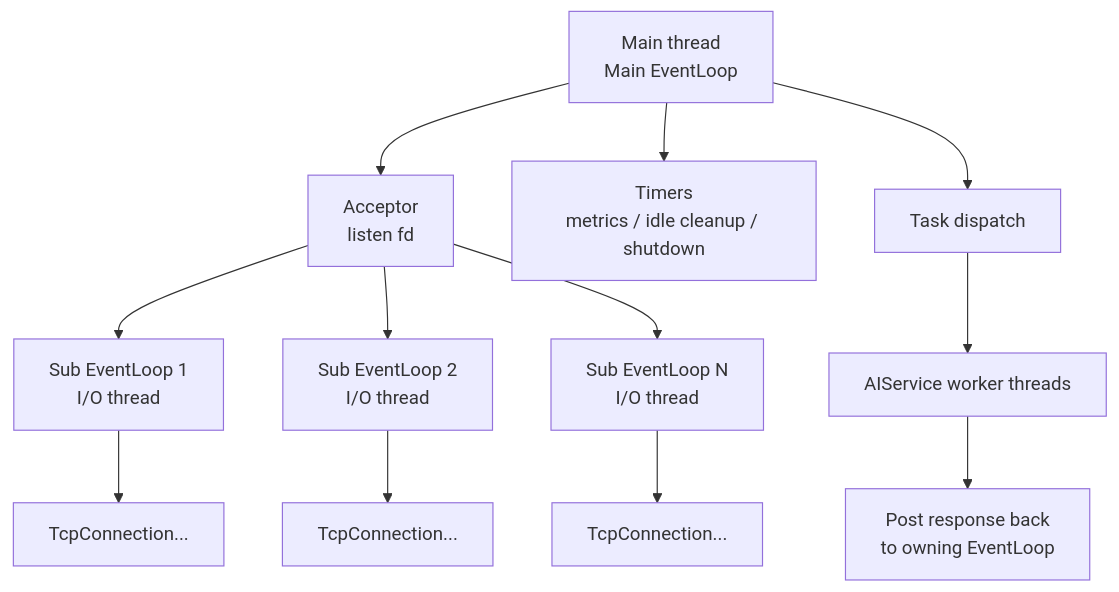
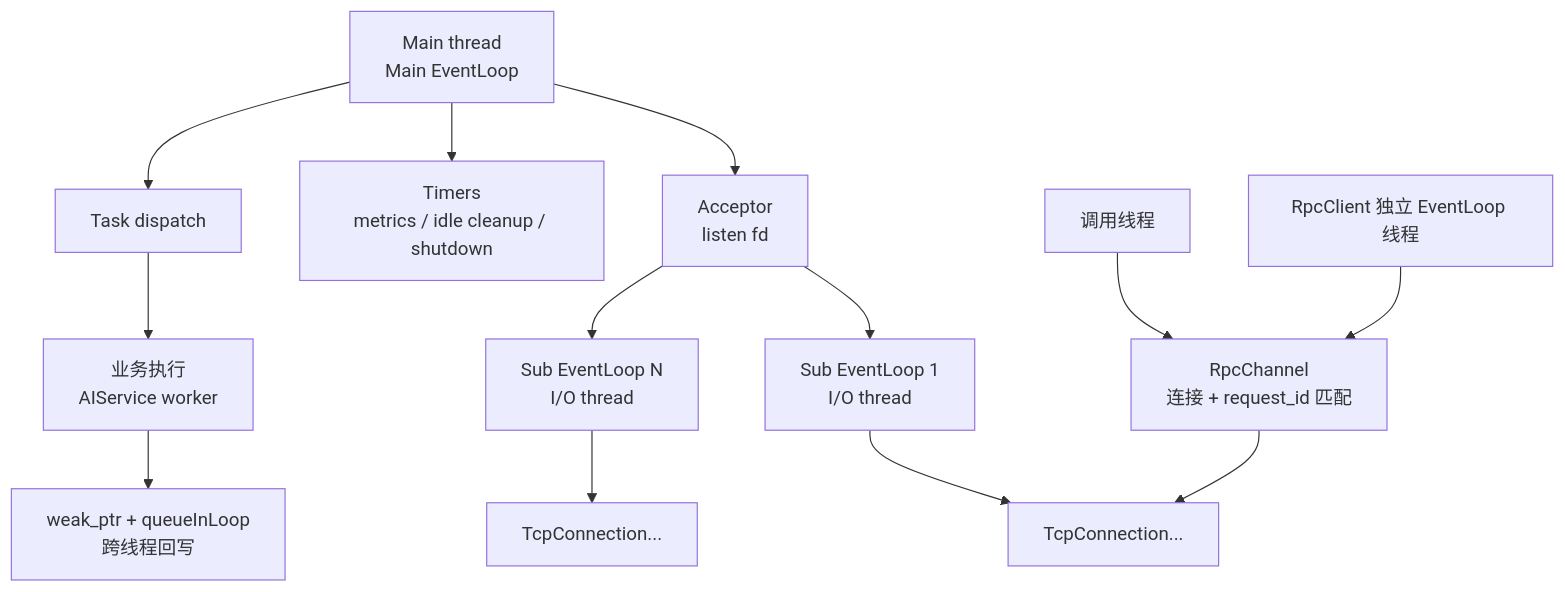
The diagram in docs/architecture.md (fsssb/MyRPC_Project), drawn with Mermaid before and after one commit. The commit also changed other lines of this file, not shown here.

Commit message:
docs: update architecture for V2 protocol and client

````diff
--- a/docs/architecture.md
+++ b/docs/architecture.md
@@ -28,17 +42,19 @@
 ```mermaid
 flowchart TB
     MainThread[Main thread<br/>Main EventLoop] --> Accept[Acceptor<br/>listen fd]
     MainThread --> Timers[Timers<br/>metrics / idle cleanup / shutdown]
     MainThread --> Dispatch[Task dispatch]
 
     Accept --> Sub1[Sub EventLoop 1<br/>I/O thread]
-    Accept --> Sub2[Sub EventLoop 2<br/>I/O thread]
     Accept --> SubN[Sub EventLoop N<br/>I/O thread]
 
     Sub1 --> Conn1[TcpConnection...]
-    Sub2 --> Conn2[TcpConnection...]
     SubN --> ConnN[TcpConnection...]
 
-    Dispatch --> AIWorkers[AIService worker threads]
-    AIWorkers --> Writeback[Post response back<br/>to owning EventLoop]
+    Dispatch --> Exec[业务执行<br/>AIService worker]
+    Exec --> WB[weak_ptr + queueInLoop<br/>跨线程回写]
+
+    ClientThread[调用线程] --> RpcChannel
+    ClientLoop[RpcClient 独立 EventLoop 线程] --> RpcChannel[RpcChannel<br/>连接 + request_id 匹配]
+    RpcChannel --> Conn1
 ```
````
